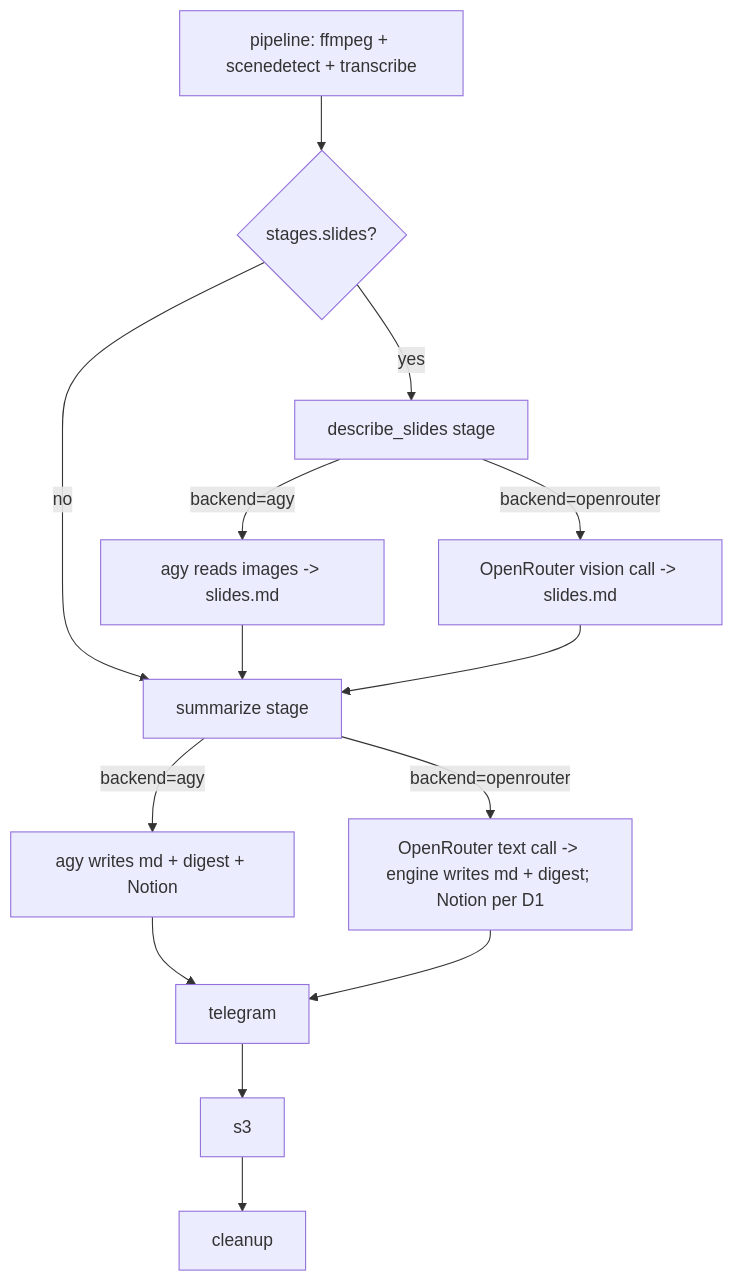
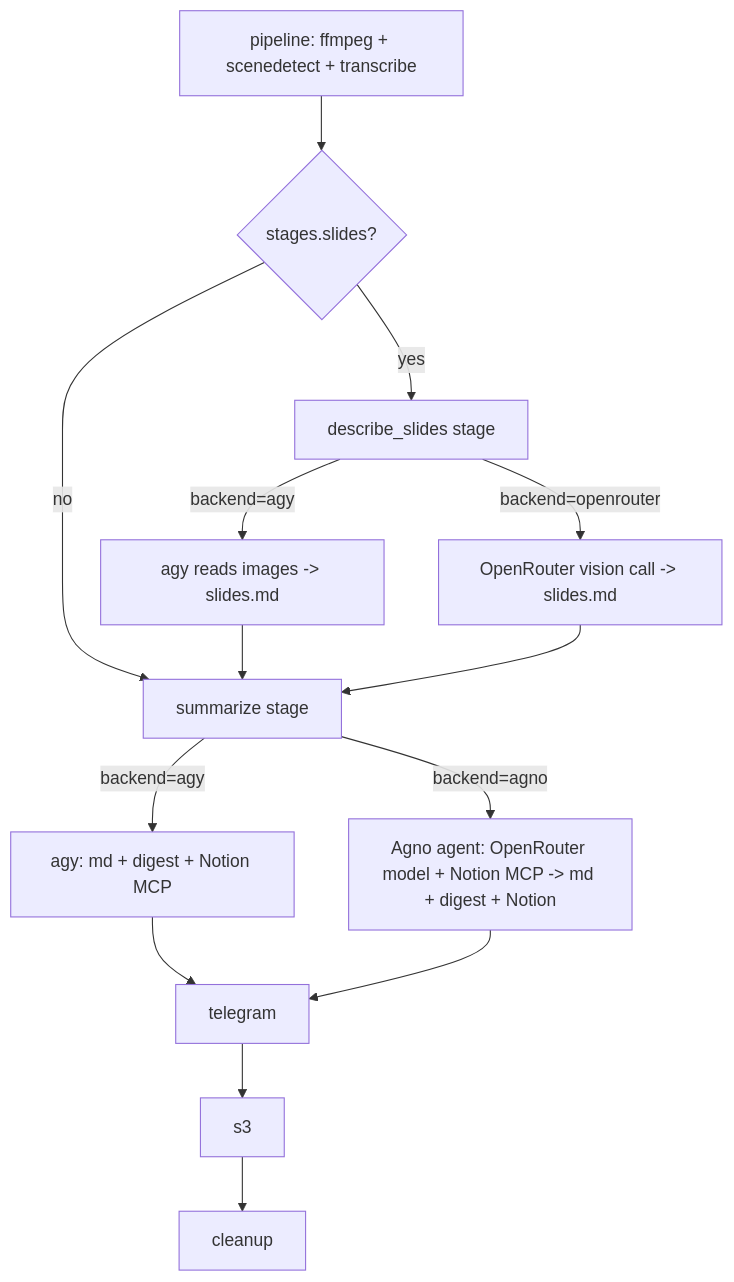
The diagram in docs/specs/slide-description-openrouter.md (neurowitchers/transcriber), drawn with Mermaid before and after one commit. The commit also changed other lines of this file, not shown here.

First line of the commit message:
docs: Update slide description spec for OpenRouter backends

````diff
--- a/docs/specs/slide-description-openrouter.md
+++ b/docs/specs/slide-description-openrouter.md
@@ -205,14 +290,14 @@
 ```mermaid
 flowchart TD
     P[pipeline: ffmpeg + scenedetect + transcribe] --> Q{stages.slides?}
     Q -- yes --> DS[describe_slides stage]
     Q -- no --> SUM[summarize stage]
     DS -->|backend=agy| DA[agy reads images -> slides.md]
     DS -->|backend=openrouter| DO[OpenRouter vision call -> slides.md]
     DA --> SUM
     DO --> SUM
-    SUM -->|backend=agy| SA[agy writes md + digest + Notion]
-    SUM -->|backend=openrouter| SO[OpenRouter text call -> engine writes md + digest; Notion per D1]
+    SUM -->|backend=agy| SA[agy: md + digest + Notion MCP]
+    SUM -->|backend=agno| SG[Agno agent: OpenRouter model + Notion MCP -> md + digest + Notion]
     SA --> T[telegram] --> S3[s3] --> CL[cleanup]
-    SO --> T
+    SG --> T
 ```
````
